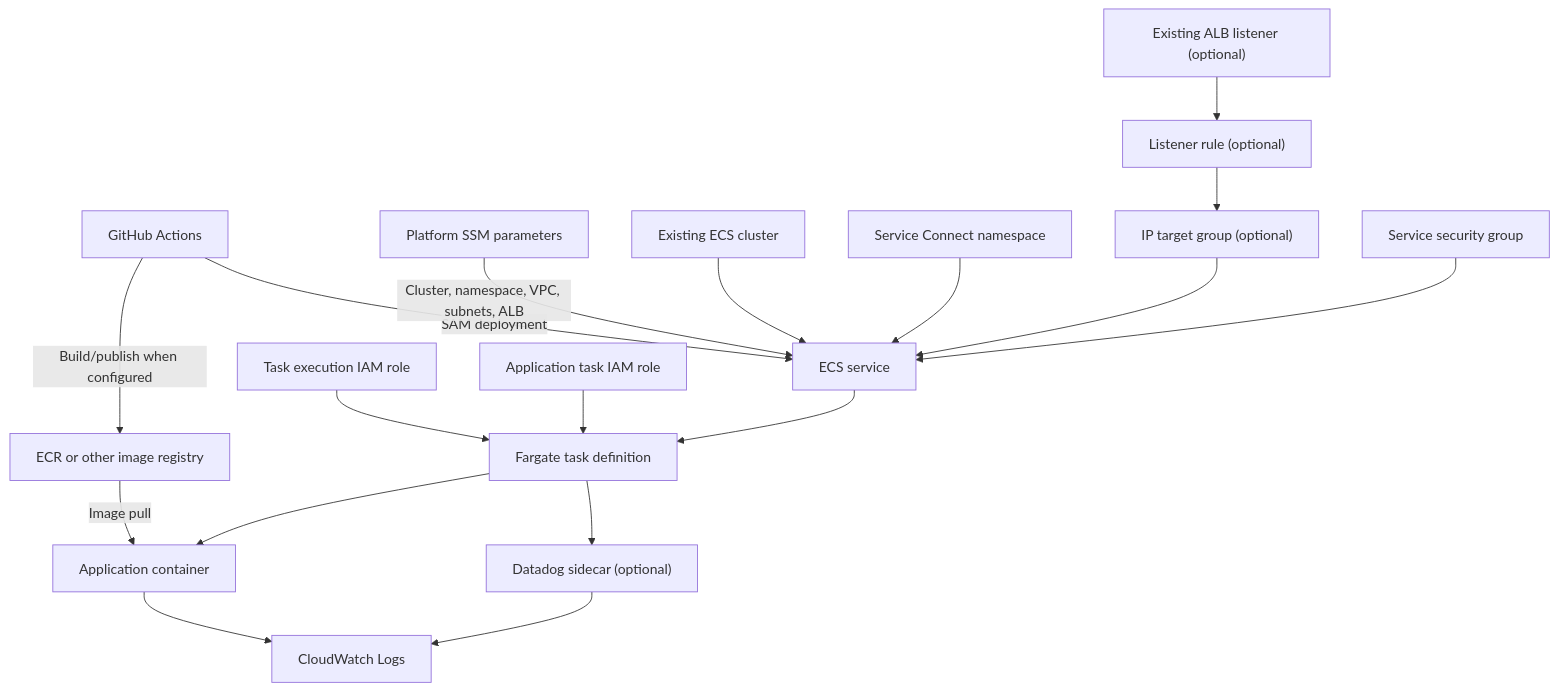
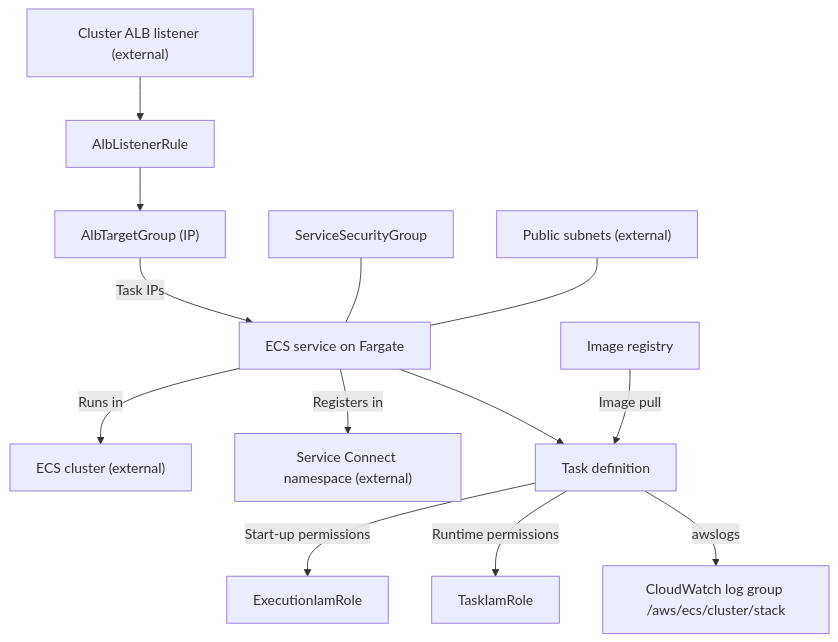
The fifth of 6 diagrams in container/skeleton/docs/handbook/04-architecture.md (ServerlessOpsIO/backstage-aws-sam-ecs-template), drawn with Mermaid before and after one commit. The commit also changed other lines of this file and 21 other files, not shown here.

````diff
--- a/container/skeleton/docs/handbook/04-architecture.md
+++ b/container/skeleton/docs/handbook/04-architecture.md
@@ -52,37 +120,29 @@
 ```mermaid
 flowchart TD
-    GitHub["GitHub Actions"]
-    ECR["ECR or other image registry"]
-    SSM["Platform SSM parameters"]
-    Cluster["Existing ECS cluster"]
-    Namespace["Service Connect namespace"]
-    Listener["Existing ALB listener (optional)"]
-    Rule["Listener rule (optional)"]
-    Target["IP target group (optional)"]
-    Service["ECS service"]
-    Task["Fargate task definition"]
-    App["Application container"]
-    Agent["Datadog sidecar (optional)"]
-    ExecRole["Task execution IAM role"]
-    TaskRole["Application task IAM role"]
-    SG["Service security group"]
-    Logs["CloudWatch Logs"]
+    Listener["Cluster ALB listener (external)"]
+    Rule["AlbListenerRule"]
+    TG["AlbTargetGroup (IP)"]
+    Cluster["ECS cluster (external)"]
+    Namespace["Service Connect namespace (external)"]
+    Service["ECS service on Fargate"]
+    TaskDef["Task definition"]
+    SG["ServiceSecurityGroup"]
+    Subnets["Public subnets (external)"]
+    ExecRole["ExecutionIamRole"]
+    TaskRole["TaskIamRole"]
+    Registry["Image registry"]
+    Logs["CloudWatch log group /aws/ecs/cluster/stack"]
 
-    GitHub -->|"Build/publish when configured"| ECR
-    GitHub -->|"SAM deployment"| Service
-    SSM -->|"Cluster, namespace, VPC, subnets, ALB"| Service
-    Cluster --> Service
-    Namespace --> Service
-    Service --> Task
-    Task --> App
-    ECR -->|"Image pull"| App
-    Task --> Agent
-    ExecRole --> Task
-    TaskRole --> Task
-    SG --> Service
     Listener --> Rule
-    Rule --> Target
-    Target --> Service
-    App --> Logs
-    Agent --> Logs
+    Rule --> TG
+    TG -->|"Task IPs"| Service
+    Service -->|"Runs in"| Cluster
+    Service -->|"Registers in"| Namespace
+    Service --> TaskDef
+    SG --- Service
+    Subnets --- Service
+    TaskDef -->|"Start-up permissions"| ExecRole
+    TaskDef -->|"Runtime permissions"| TaskRole
+    Registry -->|"Image pull"| TaskDef
+    TaskDef -->|"awslogs"| Logs
 ```
````
